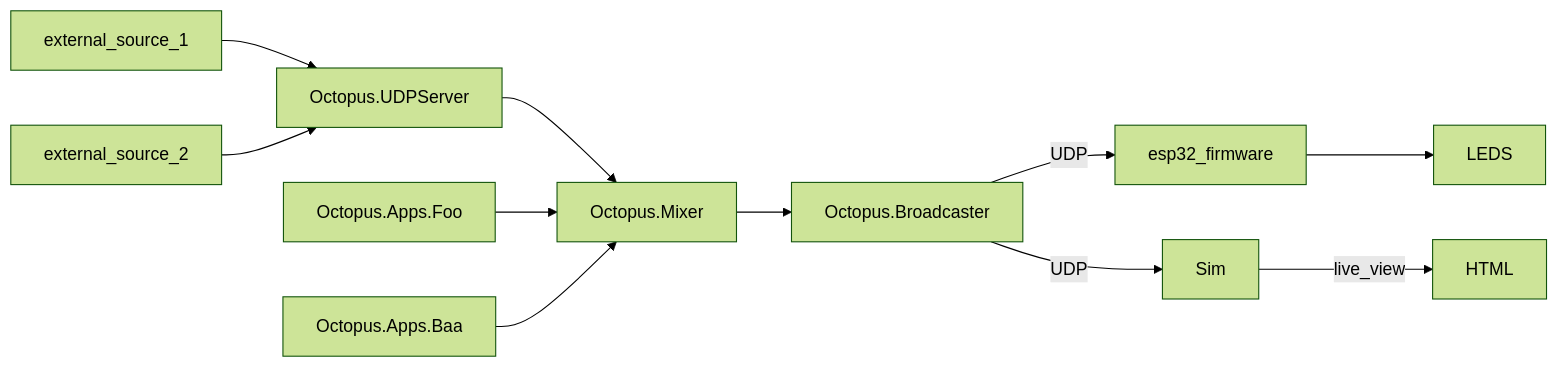
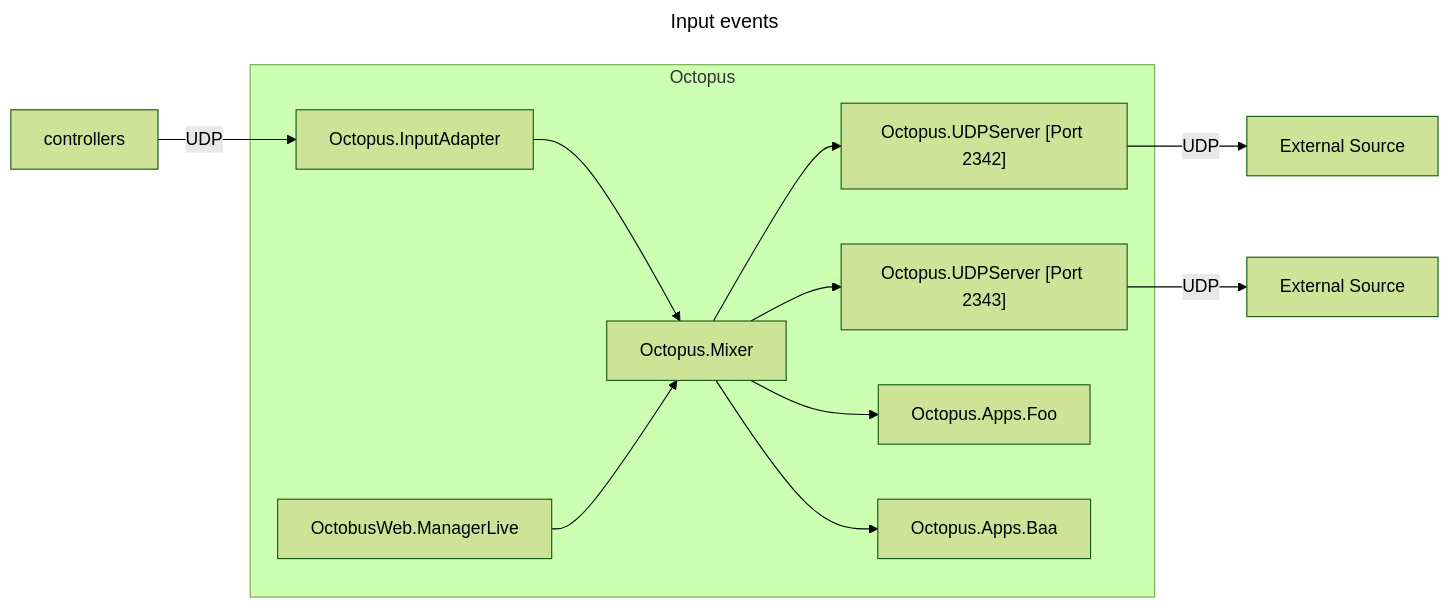
Before and after one commit to blinkenlights/polychrome: the second of 2 diagrams in README.md, drawn with Mermaid (forest theme). The commit also changed other lines of this file and 3 other files, not shown here.

````diff
--- a/README.md
+++ b/README.md
@@ -6,18 +56,24 @@
-```mermaid
-graph LR
-  external_source_1 --> udp_server
-  external_source_2 --> udp_server
+```mermaid 
+---
+title: "Input events"
+---
+flowchart LR
+
+  controllers --> |UDP| input_adapter
+
+  subgraph Octopus
   
-  udp_server[Octopus.UDPServer] --> mixer
+  input_adapter[Octopus.InputAdapter] --> mixer["Octopus.Mixer"]
+  manager[OctobusWeb.ManagerLive] --> mixer
 
-  app_1[Octopus.Apps.Foo] --> mixer
-  app_2[Octopus.Apps.Baa] --> mixer
-  
-  mixer[Octopus.Mixer]-->broadcast
 
-  broadcast-->|UDP|esp32_firmware
-  esp32_firmware-->LEDS
+  mixer --> udp_server_1["Octopus.UDPServer [Port 2342]"]
+  mixer --> udp_server_2["Octopus.UDPServer [Port 2343]"]
+  mixer --> app_1[Octopus.Apps.Foo]
+  mixer --> app_2[Octopus.Apps.Baa]
 
-  broadcast[Octopus.Broadcaster] --> |UDP| sim
-  sim[Sim]-->|live_view| live[HTML]
+  end
+
+  udp_server_1 --> |UDP| external_1[External Source]
+  udp_server_2 --> |UDP| external_2[External Source]
 ```
````
